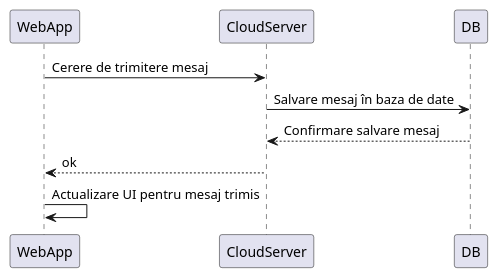
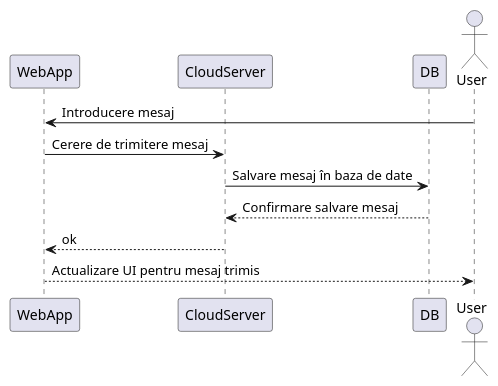
Before and after one commit to BVasi/ProiectIP: the diagram in Sequence_DG/WebApp/chat.plantuml, drawn with PlantUML. The commit also changed 10 other files, not shown here.

```diff
--- a/Sequence_DG/WebApp/chat.plantuml
+++ b/Sequence_DG/WebApp/chat.plantuml
@@ -1,13 +1,15 @@
 @startuml chat
 
 participant WebApp
 participant CloudServer
 participant DB
+Actor User
 
+User -> WebApp: Introducere mesaj
 WebApp -> CloudServer: Cerere de trimitere mesaj
 CloudServer -> DB: Salvare mesaj în baza de date
 DB --> CloudServer: Confirmare salvare mesaj
 CloudServer --> WebApp: ok
-WebApp -> WebApp: Actualizare UI pentru mesaj trimis
+WebApp --> User: Actualizare UI pentru mesaj trimis
 
 @enduml
```
